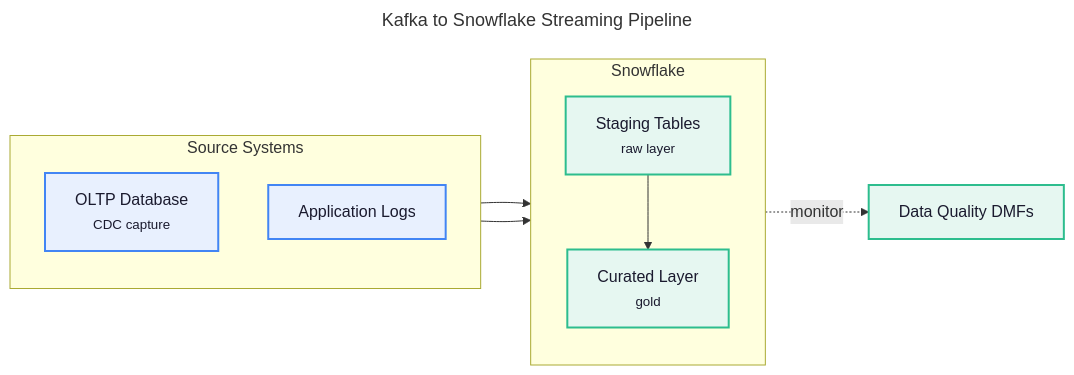
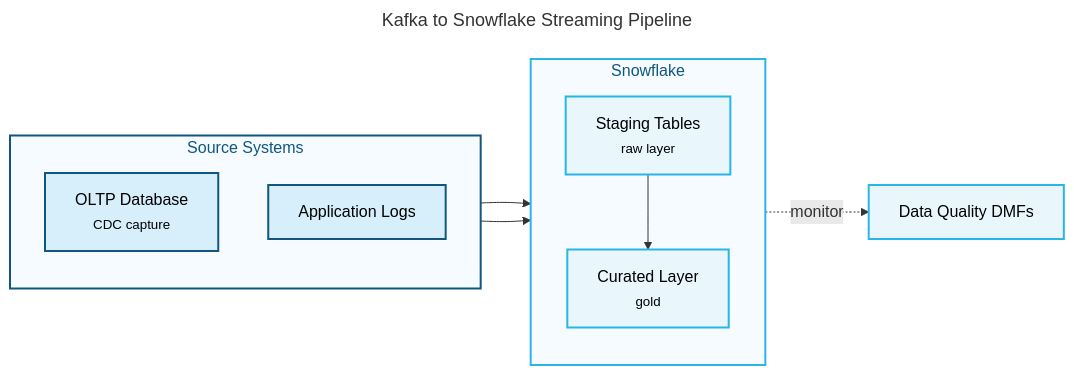
Before and after one commit to sfc-gh-rnellikal/mermaid-diagram: the diagram in skills/mermaid-diagram/agents/builder-prompt.md, drawn with Mermaid. The commit also changed other lines of this file and 4 other files, not shown here.

````diff
--- a/skills/mermaid-diagram/agents/builder-prompt.md
+++ b/skills/mermaid-diagram/agents/builder-prompt.md
@@ -75,28 +92,31 @@
 ```mermaid
 ---
 title: Kafka to Snowflake Streaming Pipeline
 ---
 flowchart LR
     subgraph sources["Source Systems"]
         direction TB
         OLTP["OLTP Database<br/><small>CDC capture</small>"]
         AppLogs["Application Logs"]
     end
 
     subgraph snowflake["Snowflake"]
         direction TB
         Staging["Staging Tables<br/><small>raw layer</small>"]
         Curated["Curated Layer<br/><small>gold</small>"]
     end
 
     OLTP --> Staging
     AppLogs --> Staging
     Staging --> Curated
     Staging -.->|monitor| DMF["Data Quality DMFs"]
 
-    classDef sourceStyle fill:#E8F0FE,stroke:#4285F4,stroke-width:2px,color:#1a1a2e
-    classDef coreStyle fill:#E6F7F1,stroke:#2DBD8E,stroke-width:2px,color:#1a1a2e
+    classDef sourceStyle fill:#D6EFFA,stroke:#11567F,stroke-width:2px,color:#000000
+    classDef coreStyle fill:#E9F7FD,stroke:#29B5E8,stroke-width:2px,color:#000000
 
     class OLTP,AppLogs sourceStyle
     class Staging,Curated,DMF coreStyle
+
+    style sources fill:#F5FBFE,stroke:#11567F,stroke-width:2px,color:#11567F
+    style snowflake fill:#F5FBFE,stroke:#29B5E8,stroke-width:2px,color:#11567F
 ```
````
